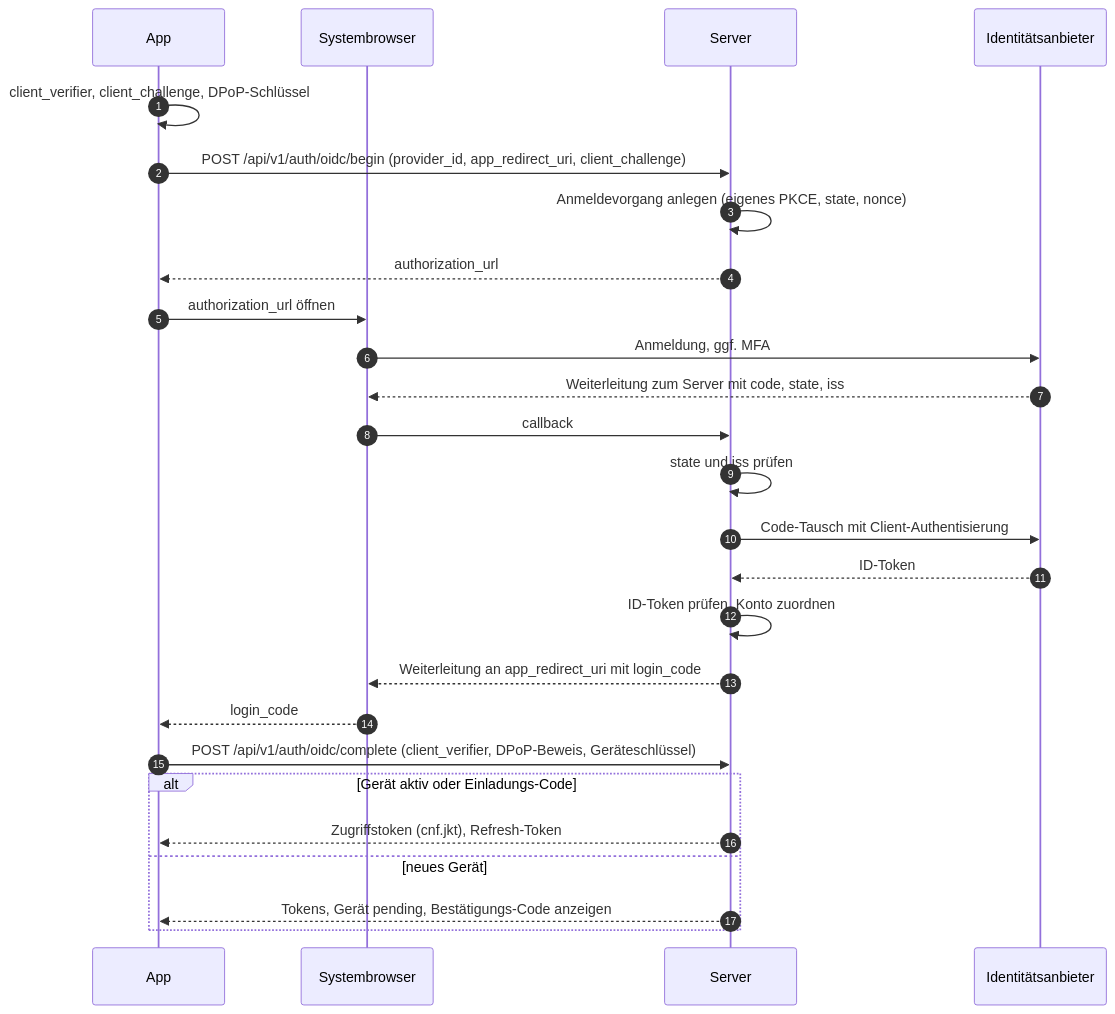
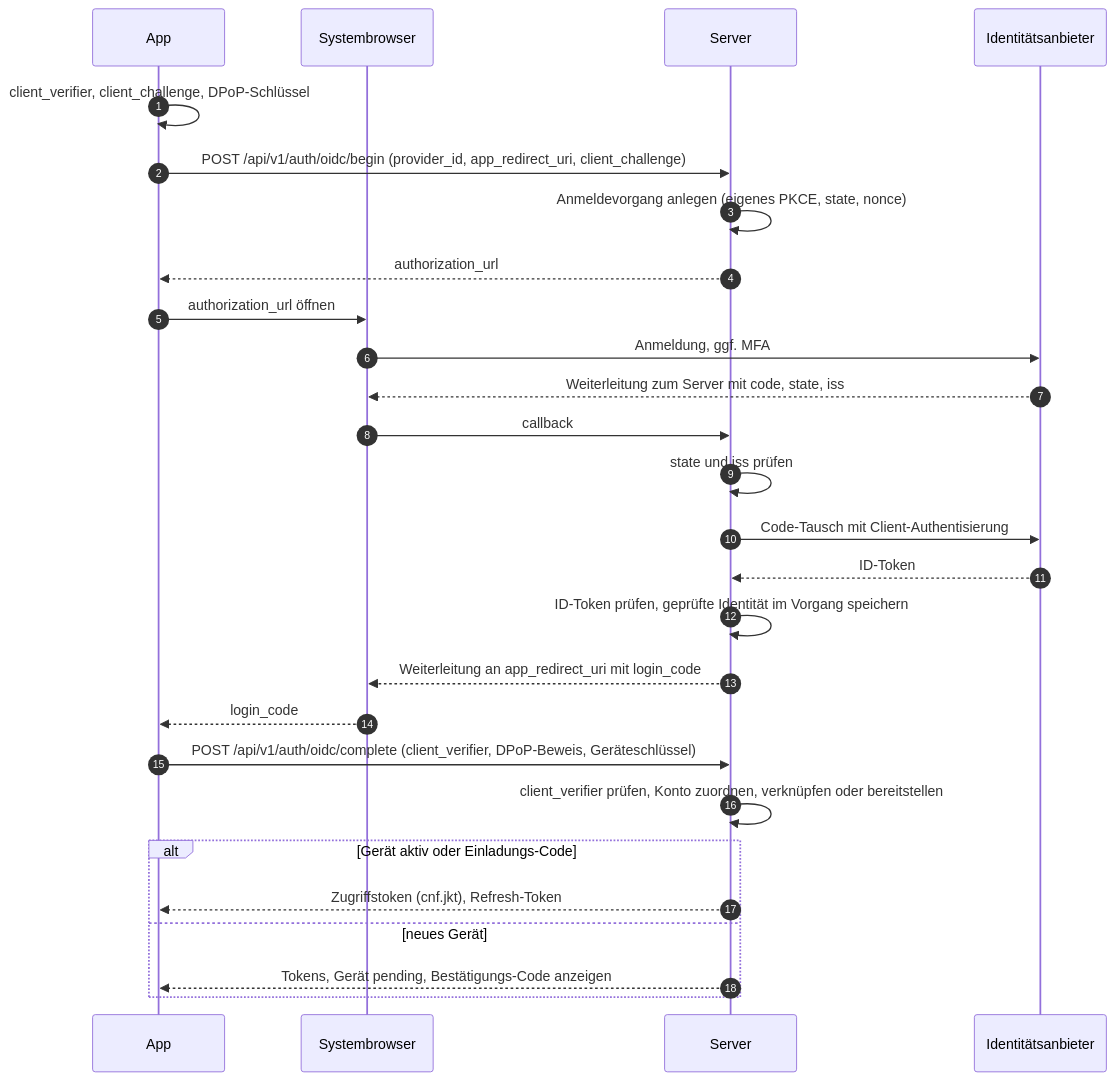
Before and after one commit to mguttmann/bothy: the first of 3 diagrams in docs/spec/08-identitaet.md, drawn with Mermaid. The commit also changed other lines of this file and 14 other files, not shown here.

````diff
--- a/docs/spec/08-identitaet.md
+++ b/docs/spec/08-identitaet.md
@@ -554,28 +756,29 @@
 ```mermaid
 sequenceDiagram
     autonumber
     participant A as App
     participant B as Systembrowser
     participant S as Server
     participant I as Identitätsanbieter
     A->>A: client_verifier, client_challenge, DPoP-Schlüssel
     A->>S: POST /api/v1/auth/oidc/begin (provider_id, app_redirect_uri, client_challenge)
     S->>S: Anmeldevorgang anlegen (eigenes PKCE, state, nonce)
     S-->>A: authorization_url
     A->>B: authorization_url öffnen
     B->>I: Anmeldung, ggf. MFA
     I-->>B: Weiterleitung zum Server mit code, state, iss
     B->>S: callback
     S->>S: state und iss prüfen
     S->>I: Code-Tausch mit Client-Authentisierung
     I-->>S: ID-Token
-    S->>S: ID-Token prüfen, Konto zuordnen
+    S->>S: ID-Token prüfen, geprüfte Identität im Vorgang speichern
     S-->>B: Weiterleitung an app_redirect_uri mit login_code
     B-->>A: login_code
     A->>S: POST /api/v1/auth/oidc/complete (client_verifier, DPoP-Beweis, Geräteschlüssel)
+    S->>S: client_verifier prüfen, Konto zuordnen, verknüpfen oder bereitstellen
     alt Gerät aktiv oder Einladungs-Code
         S-->>A: Zugriffstoken (cnf.jkt), Refresh-Token
     else neues Gerät
         S-->>A: Tokens, Gerät pending, Bestätigungs-Code anzeigen
     end
 ```
````
